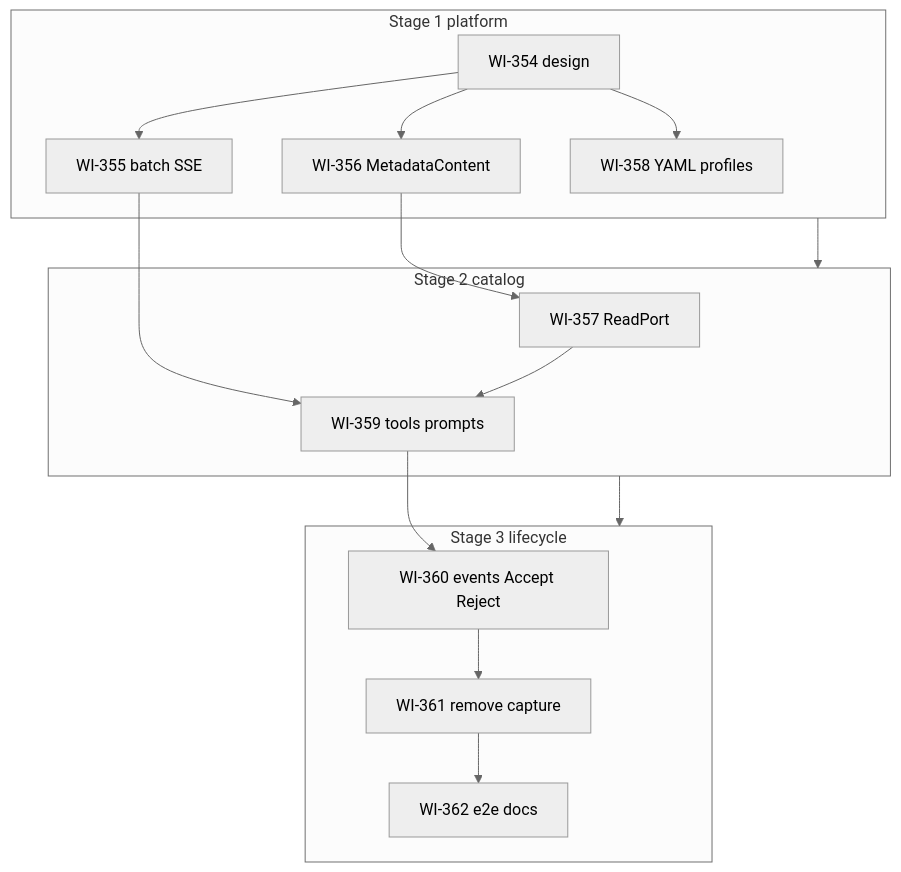
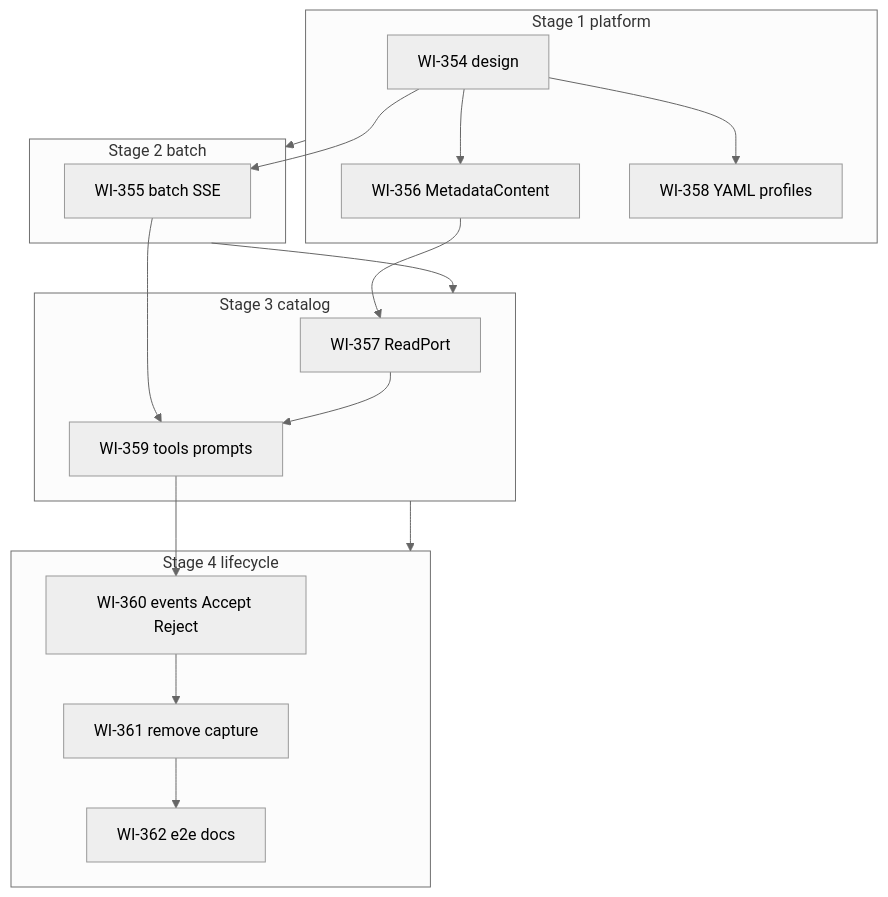
Before and after one commit to qpointz/qpointz: the diagram in docs/workitems/planned/metadata-authoring-profiles/STORY.md, drawn with Mermaid (neutral theme). The commit also changed other lines of this file and 6 other files, not shown here.

````diff
--- a/docs/workitems/planned/metadata-authoring-profiles/STORY.md
+++ b/docs/workitems/planned/metadata-authoring-profiles/STORY.md
@@ -60,29 +61,32 @@
 ```mermaid
 flowchart TB
   subgraph s1 [Stage 1 platform]
     WI354[WI-354 design]
-    WI355[WI-355 batch SSE]
     WI356[WI-356 MetadataContent]
     WI358[WI-358 YAML profiles]
-    WI354 --> WI355
     WI354 --> WI356
     WI354 --> WI358
   end
-  subgraph s2 [Stage 2 catalog]
+  subgraph s2 [Stage 2 batch]
+    WI355[WI-355 batch SSE]
+    WI354 --> WI355
+  end
+  subgraph s3 [Stage 3 catalog]
     WI357[WI-357 ReadPort]
     WI359[WI-359 tools prompts]
     WI356 --> WI357
     WI355 --> WI359
     WI357 --> WI359
   end
-  subgraph s3 [Stage 3 lifecycle]
+  subgraph s4 [Stage 4 lifecycle]
     WI360[WI-360 events Accept Reject]
     WI361[WI-361 remove capture]
     WI362[WI-362 e2e docs]
     WI359 --> WI360
     WI360 --> WI361
     WI361 --> WI362
   end
   s1 --> s2
   s2 --> s3
+  s3 --> s4
 ```
````
